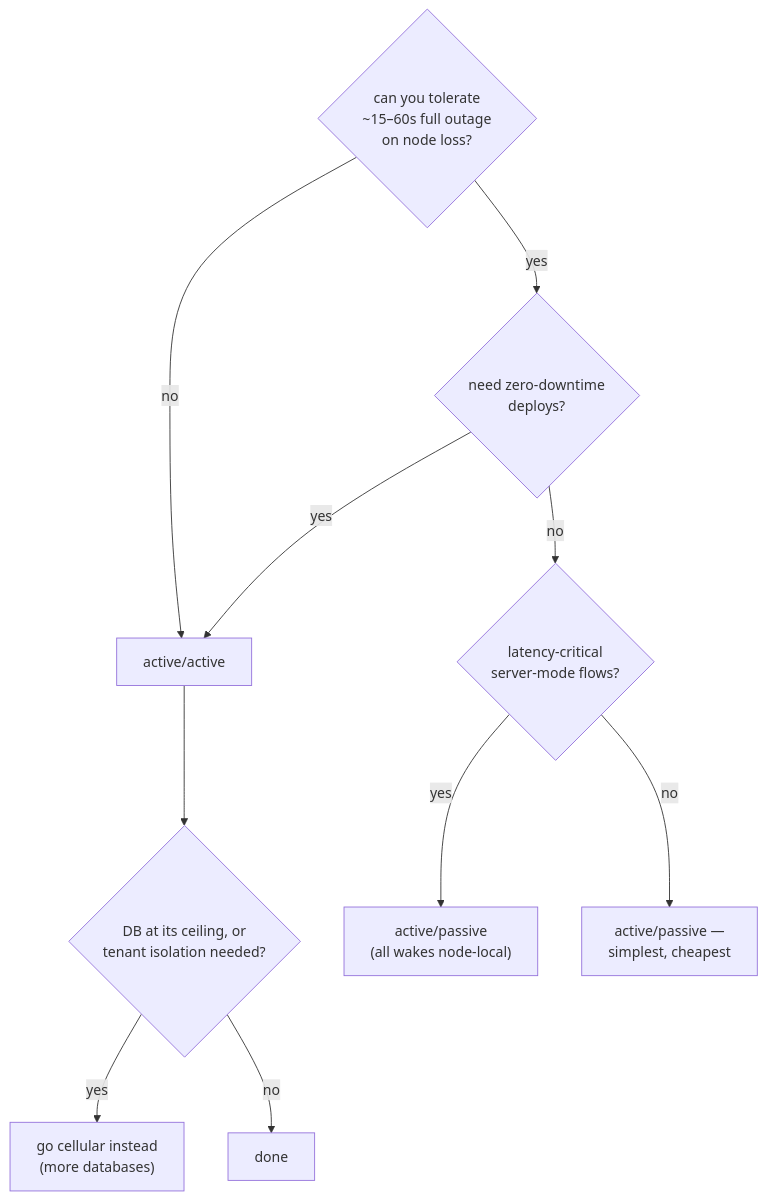
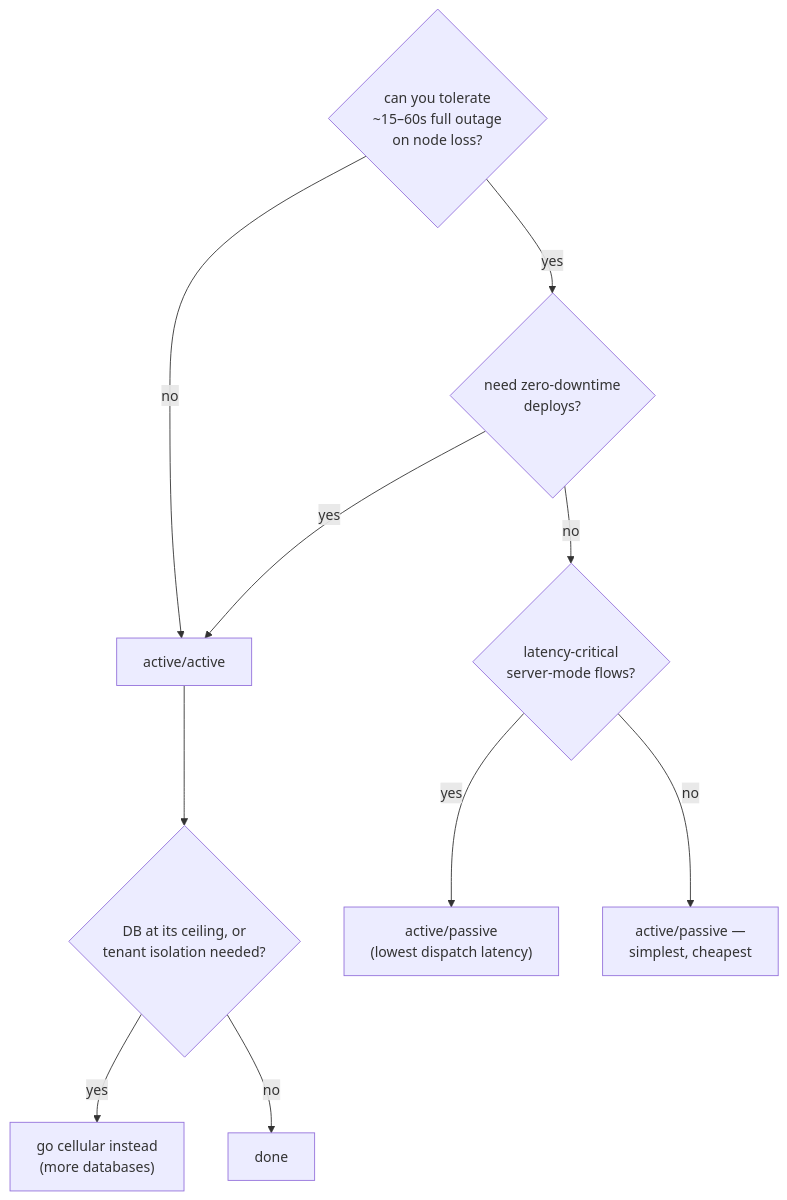
Before and after one commit to hadielmougy/wiggle-site: the diagram in content/high-availability.md, drawn with Mermaid. The commit also changed other lines of this file, not shown here.

First line of the commit message:
site: HA guide — replace 'node-local wakes' jargon with plain language

````diff
--- a/content/high-availability.md
+++ b/content/high-availability.md
@@ -139,12 +141,12 @@
 ```mermaid
 flowchart TD
   Q1{"can you tolerate<br/>~15–60s full outage<br/>on node loss?"} -->|no| AA["active/active"]
   Q1 -->|yes| Q2{"need zero-downtime<br/>deploys?"}
   Q2 -->|yes| AA
   Q2 -->|no| Q3{"latency-critical<br/>server-mode flows?"}
-  Q3 -->|yes| AP["active/passive<br/>(all wakes node-local)"]
+  Q3 -->|yes| AP["active/passive<br/>(lowest dispatch latency)"]
   Q3 -->|no| AP2["active/passive —<br/>simplest, cheapest"]
   AA --> Q4{"DB at its ceiling, or<br/>tenant isolation needed?"}
   Q4 -->|yes| CELLS["go cellular instead<br/>(more databases)"]
   Q4 -->|no| DONE["done"]
 ```
````
